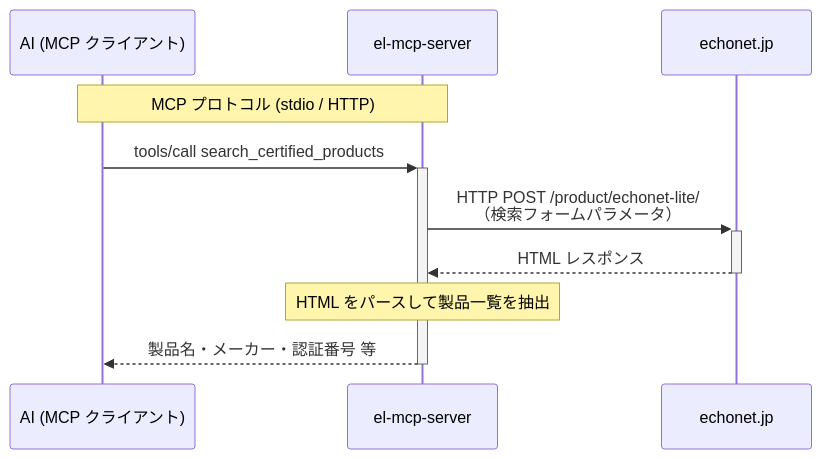
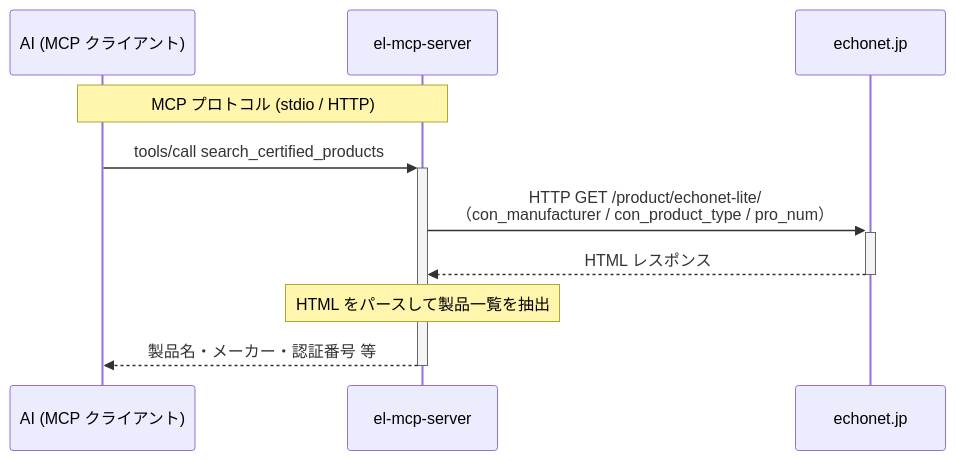
Before and after one commit to thekuwayama/el-mcp-server: the third of 4 diagrams in README.md, drawn with Mermaid. The commit also changed other lines of this file, not shown here.

````diff
--- a/README.md
+++ b/README.md
@@ -129,14 +129,14 @@
 ```mermaid
 sequenceDiagram
     participant AI as AI (MCP クライアント)
     participant S as el-mcp-server
     participant W as echonet.jp
 
     Note over AI,S: MCP プロトコル (stdio / HTTP)
 
     AI->>+S: tools/call search_certified_products
-    S->>+W: HTTP POST /product/echonet-lite/<br/>（検索フォームパラメータ）
+    S->>+W: HTTP GET /product/echonet-lite/<br/>（con_manufacturer / con_product_type / pro_num）
     W-->>-S: HTML レスポンス
     Note over S: HTML をパースして製品一覧を抽出
     S-->>-AI: 製品名・メーカー・認証番号 等
 ```
````
